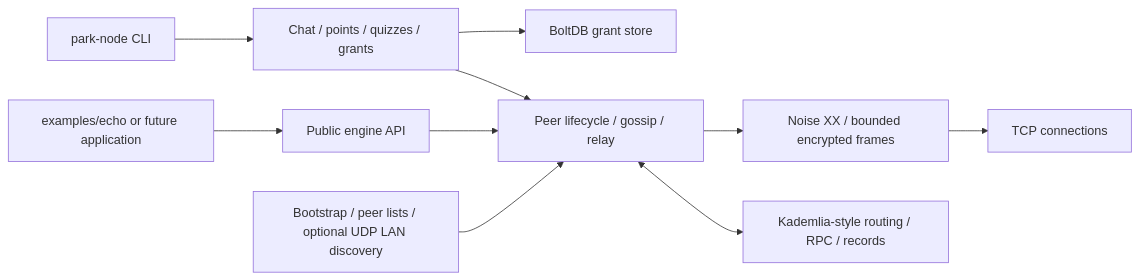
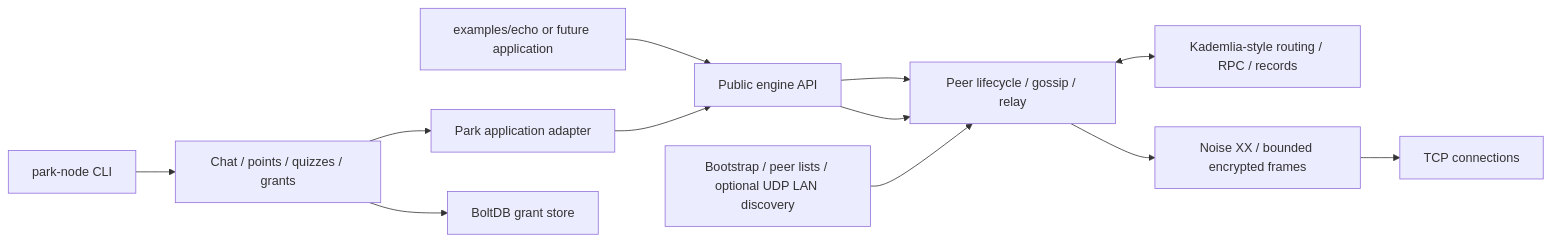
One commit to TylerPetri/p2p-networking-project changed the first of 2 diagrams in README.md. Above: the diagram before and after it, drawn with Mermaid. The commit also changed other lines of this file and 18 other files, not shown here.

Commit message:
Migrate Park to the public engine through a signing-aware application adapter

````diff
--- a/README.md
+++ b/README.md
@@ -50,12 +52,14 @@
 ```mermaid
 flowchart LR
     Example[examples/echo or future application] --> Engine[Public engine API]
     Engine --> P2P
     CLI[park-node CLI] --> Apps[Chat / points / quizzes / grants]
-    Apps --> P2P[Peer lifecycle / gossip / relay]
+    Apps --> Adapter[Park application adapter]
+    Adapter --> Engine
+    Engine --> P2P[Peer lifecycle / gossip / relay]
     Discovery[Bootstrap / peer lists / optional UDP LAN discovery] --> P2P
     P2P <--> DHT[Kademlia-style routing / RPC / records]
     P2P --> Noise[Noise XX / bounded encrypted frames]
     Noise --> TCP[TCP connections]
     Apps --> Bolt[BoltDB grant store]
 ```
````
